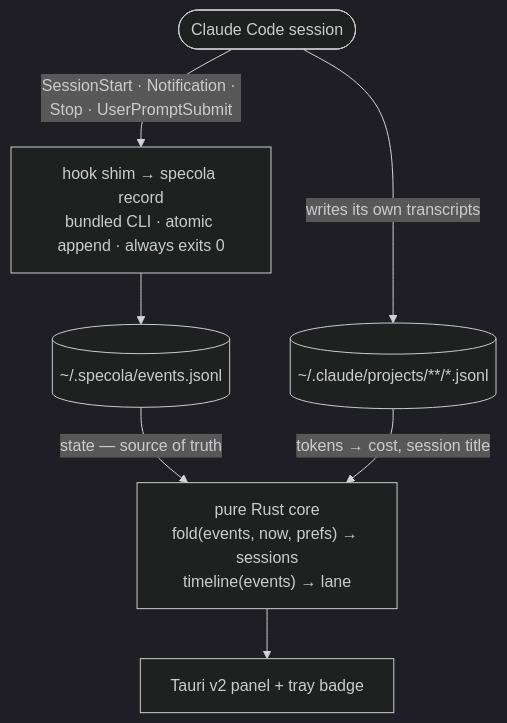
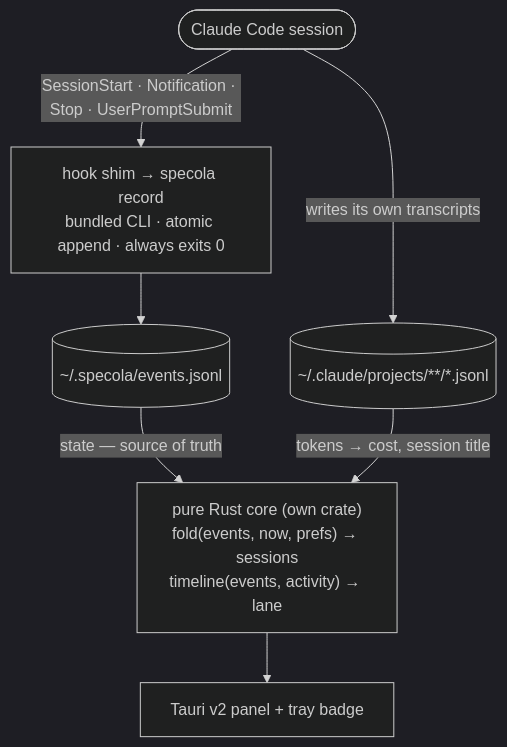
One commit to ronaldoscotti/pervigil changed the diagram in README.md. Above: the diagram before and after it, drawn with Mermaid (dark theme). The commit also changed other lines of this file and 2 other files, not shown here.

First line of the commit message:
docs: describe the release flow and correct what went stale

````diff
--- a/README.md
+++ b/README.md
@@ -51,16 +51,16 @@
 ```mermaid
 flowchart TD
     S(["Claude Code session"])
     H["hook shim → specola record<br/>bundled CLI · atomic append · always exits 0"]
     E[("~/.specola/events.jsonl")]
     T[("~/.claude/projects/**/*.jsonl")]
-    C["pure Rust core<br/>fold(events, now, prefs) → sessions<br/>timeline(events) → lane"]
+    C["pure Rust core (own crate)<br/>fold(events, now, prefs) → sessions<br/>timeline(events, activity) → lane"]
     U["Tauri v2 panel + tray badge"]
 
     S -->|"SessionStart · Notification · Stop · UserPromptSubmit"| H
     S -->|"writes its own transcripts"| T
     H --> E
     E -->|"state — source of truth"| C
     T -->|"tokens → cost, session title"| C
     C --> U
 ```
````
